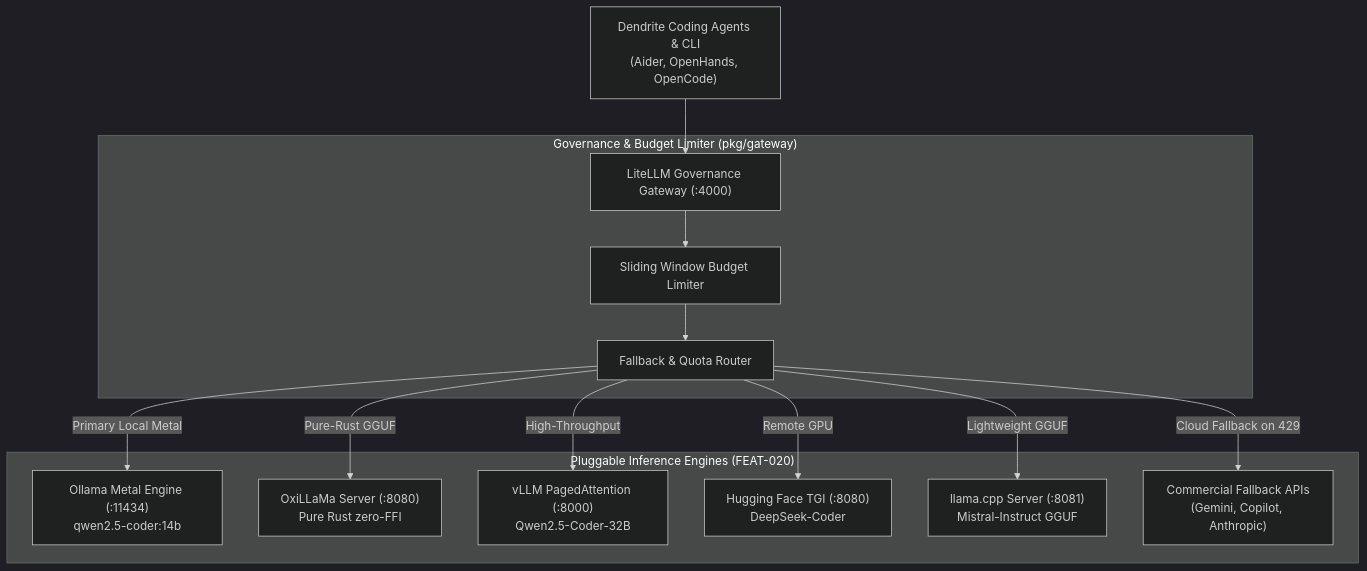
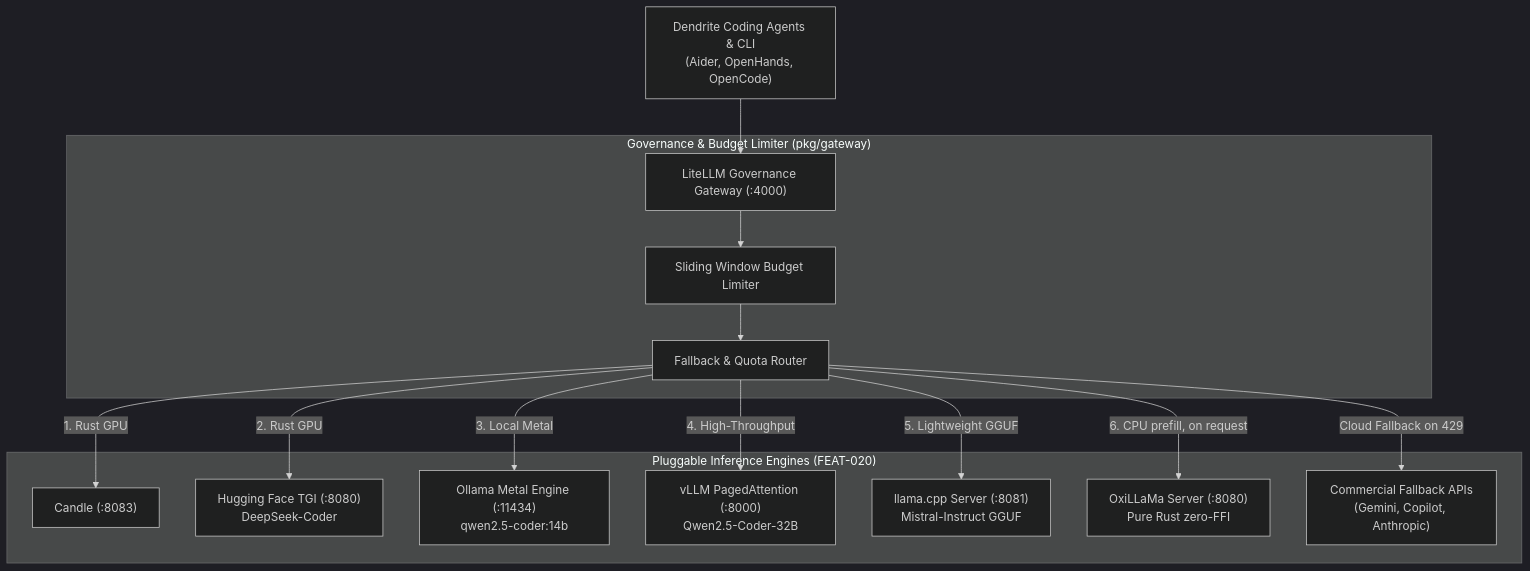
The diagram in docs/features/FEAT-020-pluggable-inference-engines.md (yasuomaidana/dendrite), drawn with Mermaid (dark theme) before and after one commit. The commit also changed other lines of this file and 1024 other files, not shown here.

````diff
--- a/docs/features/FEAT-020-pluggable-inference-engines.md
+++ b/docs/features/FEAT-020-pluggable-inference-engines.md
@@ -78,18 +78,19 @@
 ```mermaid
 flowchart TD
     Client["Dendrite Coding Agents & CLI<br/>(Aider, OpenHands, OpenCode)"] --> Gateway["LiteLLM Governance Gateway (:4000)"]
     
     subgraph Governance["Governance & Budget Limiter (pkg/gateway)"]
         Gateway --> Limiter["Sliding Window Budget Limiter"]
         Limiter --> Cascade["Fallback & Quota Router"]
     end
 
     subgraph Engines["Pluggable Inference Engines (FEAT-020)"]
-        Cascade -->|Primary Local Metal| Ollama["Ollama Metal Engine (:11434)<br/>qwen2.5-coder:14b"]
-        Cascade -->|Pure-Rust GGUF| Oxillama["OxiLLaMa Server (:8080)<br/>Pure Rust zero-FFI"]
-        Cascade -->|High-Throughput| VLLM["vLLM PagedAttention (:8000)<br/>Qwen2.5-Coder-32B"]
-        Cascade -->|Remote GPU| HFTGI["Hugging Face TGI (:8080)<br/>DeepSeek-Coder"]
-        Cascade -->|Lightweight GGUF| LlamaCpp["llama.cpp Server (:8081)<br/>Mistral-Instruct GGUF"]
+        Cascade -->|1. Rust GPU| Candle["Candle (:8083)"]
+        Cascade -->|2. Rust GPU| HFTGI["Hugging Face TGI (:8080)<br/>DeepSeek-Coder"]
+        Cascade -->|3. Local Metal| Ollama["Ollama Metal Engine (:11434)<br/>qwen2.5-coder:14b"]
+        Cascade -->|4. High-Throughput| VLLM["vLLM PagedAttention (:8000)<br/>Qwen2.5-Coder-32B"]
+        Cascade -->|5. Lightweight GGUF| LlamaCpp["llama.cpp Server (:8081)<br/>Mistral-Instruct GGUF"]
+        Cascade -->|6. CPU prefill, on request| Oxillama["OxiLLaMa Server (:8080)<br/>Pure Rust zero-FFI"]
         Cascade -->|Cloud Fallback on 429| Upstream["Commercial Fallback APIs<br/>(Gemini, Copilot, Anthropic)"]
     end
 ```
````
